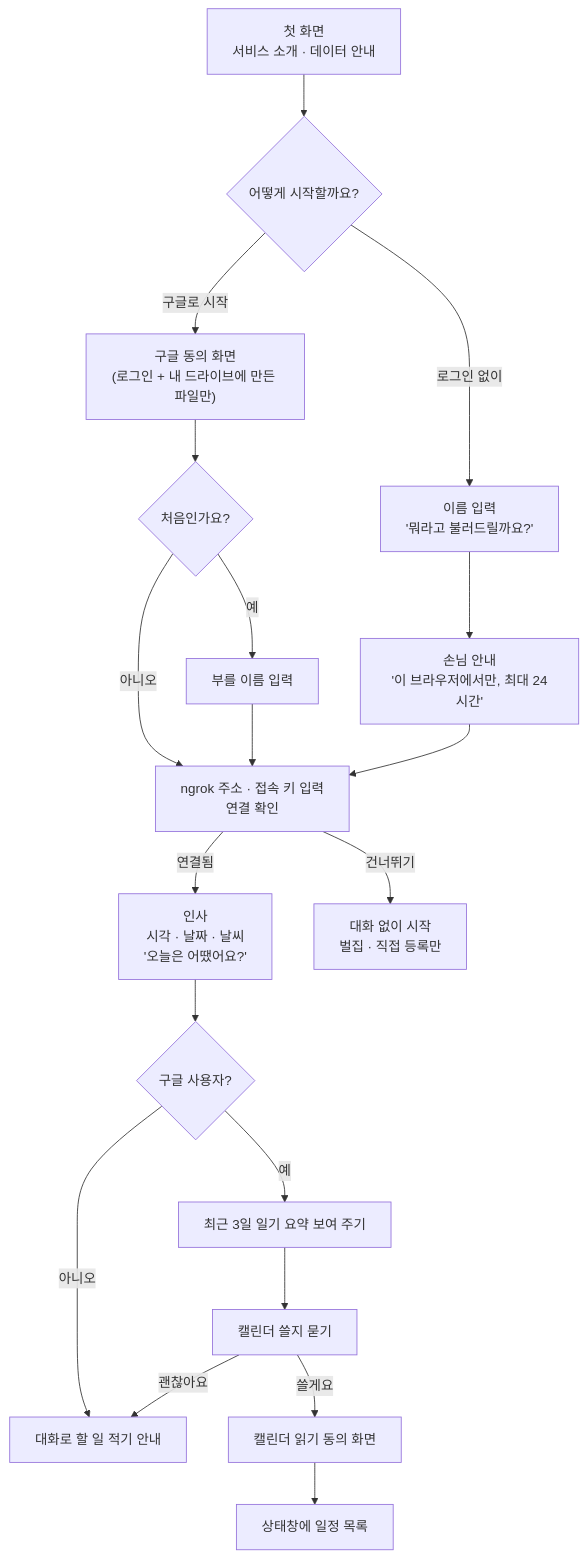
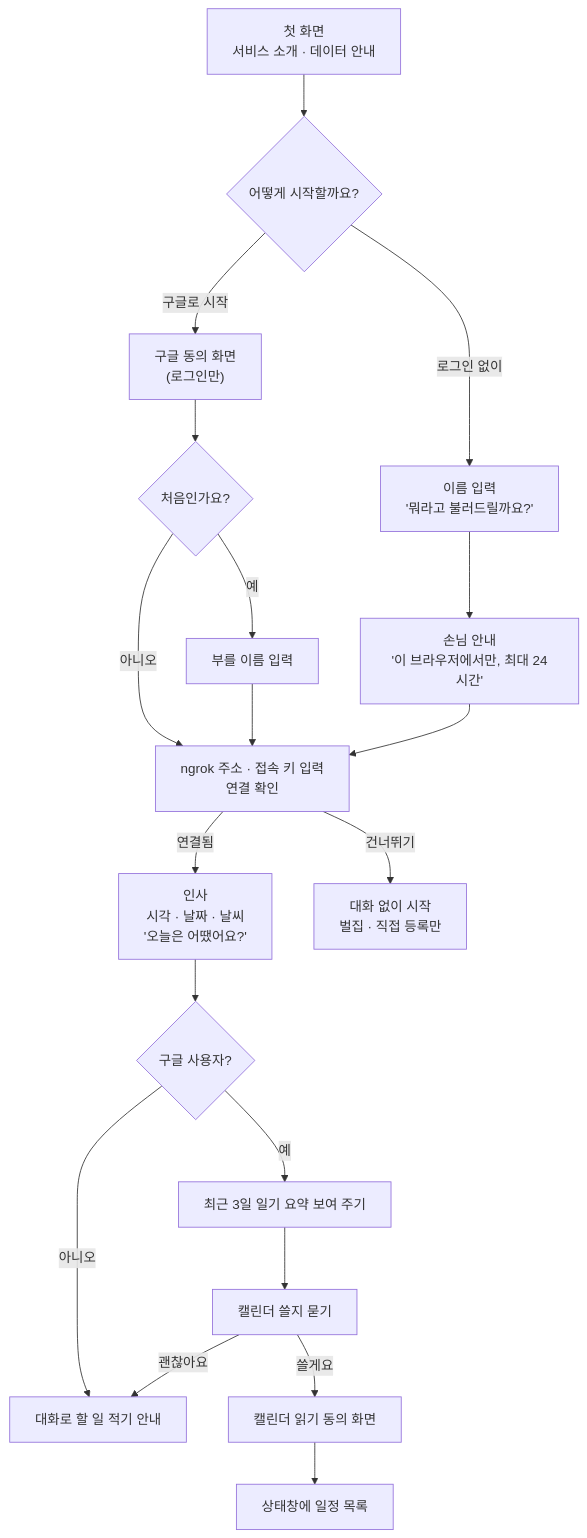
Before and after one commit to eple-lab/task-hive: the first of 2 diagrams in docs/04-screens.md, drawn with Mermaid. The commit also changed other lines of this file and 8 other files, not shown here.

````diff
--- a/docs/04-screens.md
+++ b/docs/04-screens.md
@@ -47,18 +47,18 @@
 ```mermaid
 flowchart TD
     S["첫 화면<br/>서비스 소개 · 데이터 안내"] --> C{"어떻게 시작할까요?"}
-    C -- "구글로 시작" --> G["구글 동의 화면<br/>(로그인 + 내 드라이브에 만든 파일만)"]
+    C -- "구글로 시작" --> G["구글 동의 화면<br/>(로그인만)"]
     C -- "로그인 없이" --> N["이름 입력<br/>'뭐라고 불러드릴까요?'"]
     G --> GN{"처음인가요?"}
     GN -- "예" --> NN["부를 이름 입력"]
     GN -- "아니오" --> U
     NN --> U["ngrok 주소 · 접속 키 입력<br/>연결 확인"]
     N --> NG["손님 안내<br/>'이 브라우저에서만, 최대 24시간'"] --> U
     U -- "연결됨" --> H["인사<br/>시각 · 날짜 · 날씨<br/>'오늘은 어땠어요?'"]
     U -- "건너뛰기" --> H2["대화 없이 시작<br/>벌집 · 직접 등록만"]
     H --> R{"구글 사용자?"}
     R -- "예" --> D["최근 3일 일기 요약 보여 주기"] --> K["캘린더 쓸지 묻기"]
     R -- "아니오" --> T["대화로 할 일 적기 안내"]
     K -- "쓸게요" --> KC["캘린더 읽기 동의 화면"] --> KL["상태창에 일정 목록"]
     K -- "괜찮아요" --> T
 ```
````
